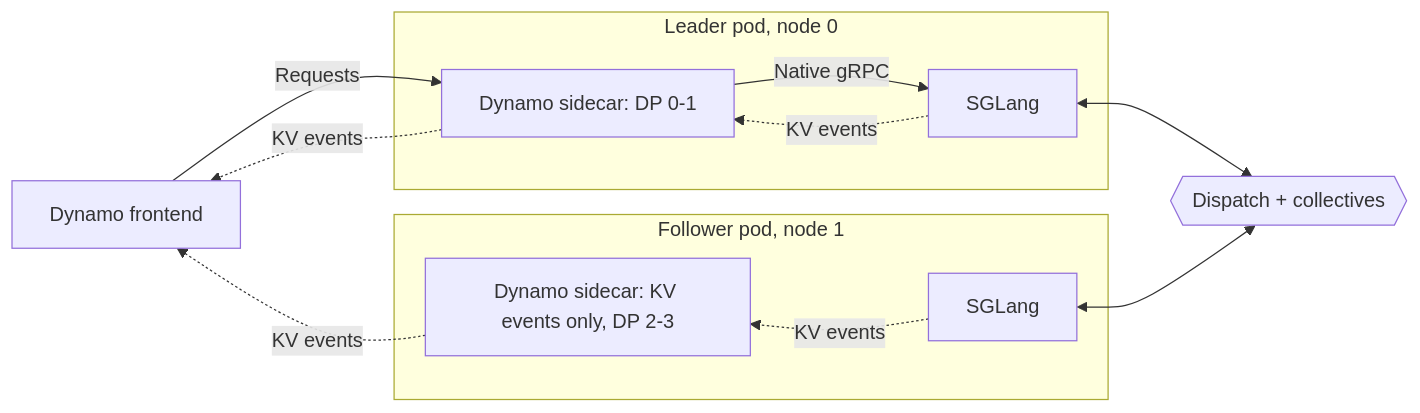
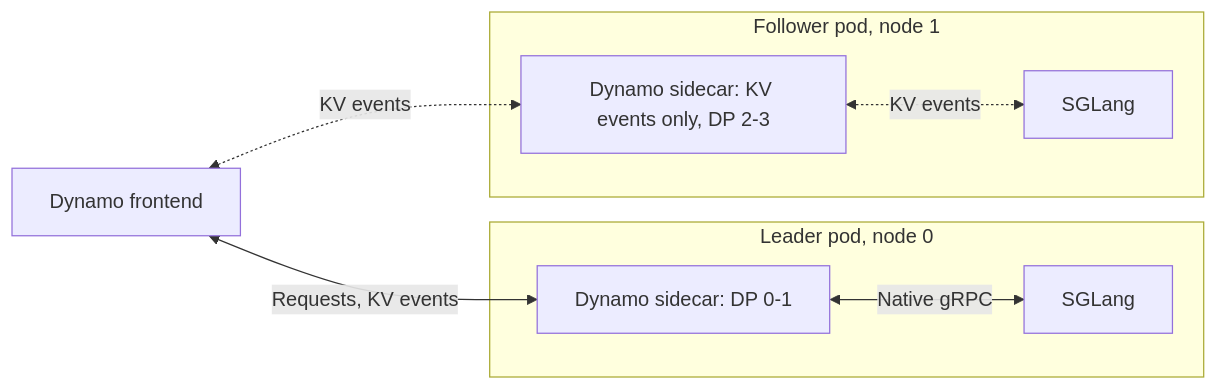
The third of 3 diagrams in docs/fern/pages/developer-guide/knowledge-base/modular-components/backends/sglang/sidecar.md (ai-dynamo/dynamo), drawn with Mermaid before and after one commit. The commit also changed other lines of this file and 6 other files, not shown here.

Commit message:
docs(sidecar): simplify topology diagrams for Fern rendering

````diff
--- a/docs/fern/pages/developer-guide/knowledge-base/modular-components/backends/sglang/sidecar.md
+++ b/docs/fern/pages/developer-guide/knowledge-base/modular-components/backends/sglang/sidecar.md
@@ -99,19 +94,11 @@
 ```mermaid
 flowchart LR
-  F[Dynamo frontend]
+  F[Dynamo frontend] <-->|Requests, KV events| SL
+  F <-.->|KV events| SW
   subgraph L[Leader pod, node 0]
-    SL[Dynamo sidecar: DP 0-1] -->|Native gRPC| EL[SGLang]
-    EL -.->|KV events| SL
+    SL[Dynamo sidecar: DP 0-1] <-->|Native gRPC| EL[SGLang]
   end
   subgraph W[Follower pod, node 1]
-    SW[Dynamo sidecar: KV events only, DP 2-3] ~~~ EW[SGLang]
-    EW -.->|KV events| SW
+    SW[Dynamo sidecar: KV events only, DP 2-3] <-.->|KV events| EW[SGLang]
   end
-  C{{Dispatch + collectives}}
-  F -->|Requests| SL
-  F ~~~ SW
-  SL -.->|KV events| F
-  SW -.->|KV events| F
-  EL <--> C
-  EW <--> C
 ```
````
